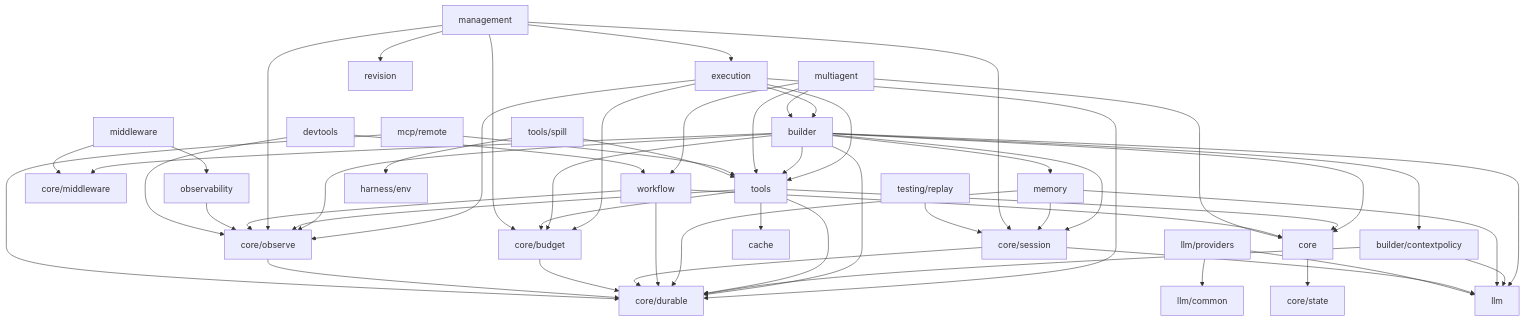
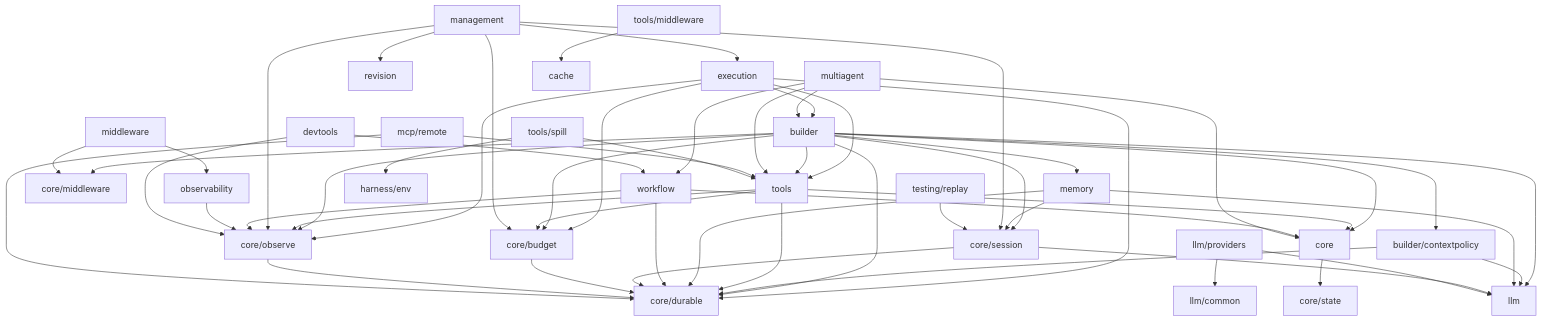
One commit to kart-io/goagent changed the diagram in docs/architecture/ARCHITECTURE.md. Above: the diagram before and after it, drawn with Mermaid. The commit also changed other lines of this file and 60 other files, not shown here.

````diff
--- a/docs/architecture/ARCHITECTURE.md
+++ b/docs/architecture/ARCHITECTURE.md
@@ -25,67 +25,67 @@
 ```mermaid
 graph TD
     execution --> builder
     execution --> tools
     execution --> budget[core/budget]
     execution --> durable[core/durable]
     execution --> observe[core/observe]
 
     builder --> contextpolicy[builder/contextpolicy]
     builder --> core
     builder --> session[core/session]
     builder --> budget
     builder --> durable
     builder --> observe
     builder --> coremw[core/middleware]
     builder --> llm
     builder --> tools
     builder --> memory
 
     contextpolicy --> durable
     contextpolicy --> llm
 
     tools --> core
     tools --> budget
     tools --> durable
     tools --> observe
-    tools --> cache
 
     memory --> durable
     memory --> session
     memory --> llm
 
     management --> execution
     management --> session
     management --> budget
     management --> observe
     management --> revision
 
     workflow --> core
     workflow --> durable
     workflow --> observe
 
     multiagent --> workflow
     multiagent --> builder
     multiagent --> tools
     multiagent --> core
 
     core --> state[core/state]
 
     session --> durable
     session --> llm
     budget --> durable
     observe --> durable
 
     providers[llm/providers] --> llm
     providers --> common[llm/common]
     mcpremote[mcp/remote] --> tools
     mcpremote --> durable
     middleware --> coremw
     middleware --> observability
     observability --> observe
     devtools --> workflow
     devtools --> observe
     replay[testing/replay] --> session
     spill[tools/spill] --> tools
     spill --> env[harness/env]
+    toolmw[tools/middleware] --> cache
 ```
````
